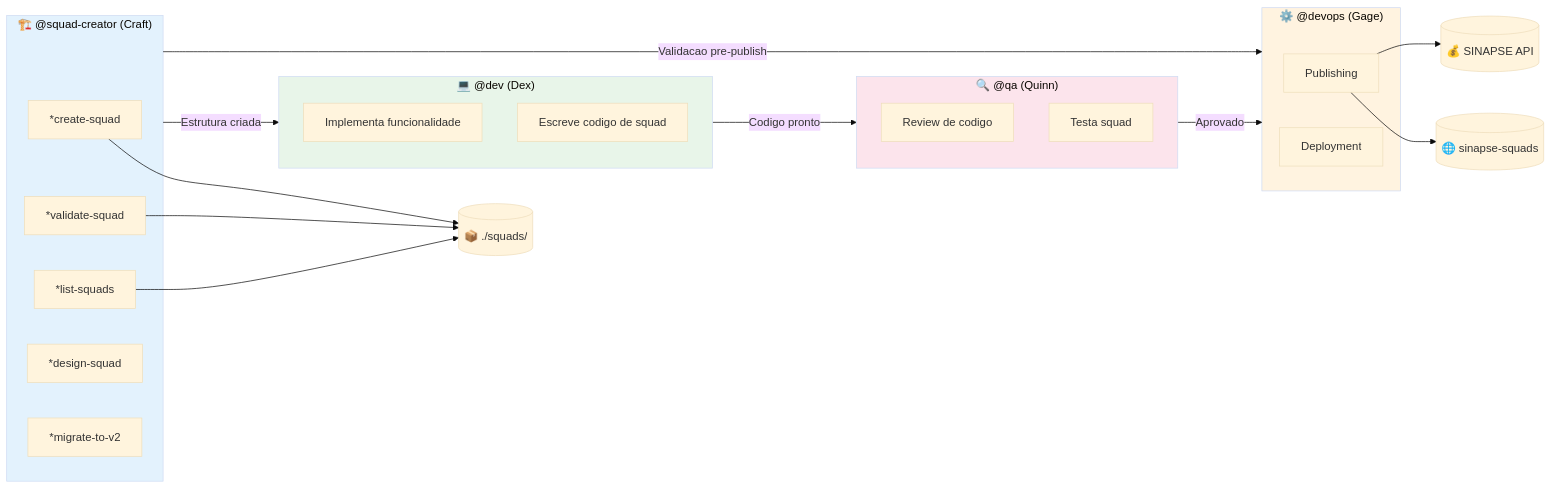
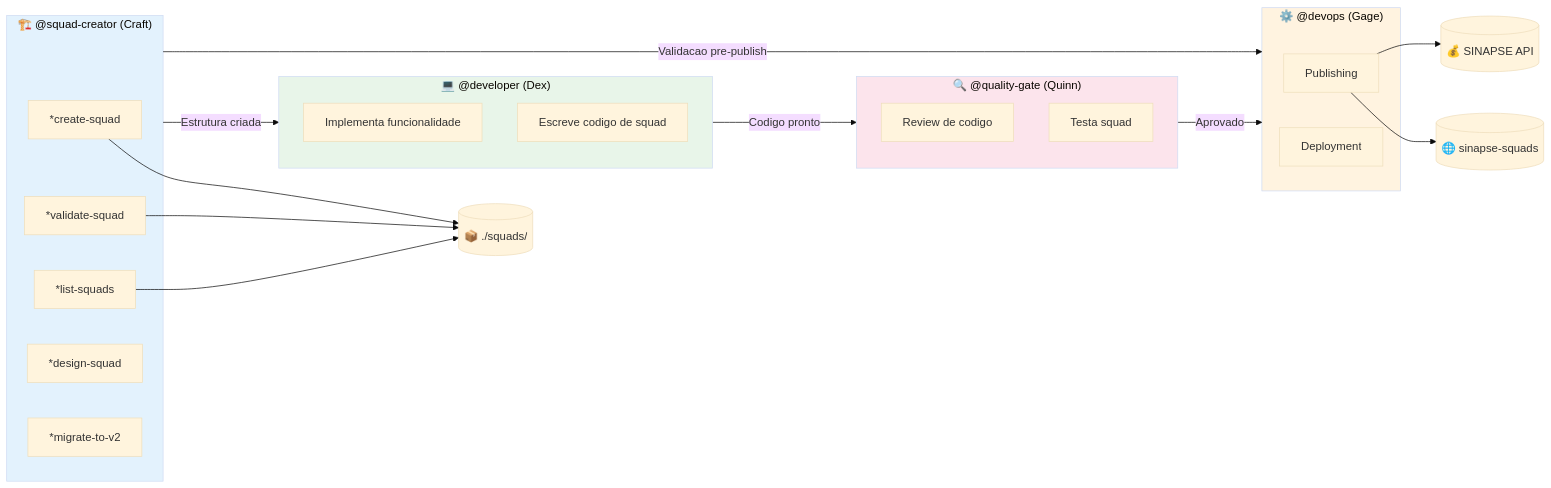
One commit to caioimori/sinapse-ai changed the fifth of 6 diagrams in docs/guides/agents/SQUAD-CREATOR-SYSTEM.md. Above: the diagram before and after it, drawn with Mermaid (base theme). The commit also changed 873 other files, not shown here.

````diff
--- a/docs/guides/agents/SQUAD-CREATOR-SYSTEM.md
+++ b/docs/guides/agents/SQUAD-CREATOR-SYSTEM.md
@@ -427,45 +427,45 @@
 ```mermaid
 flowchart LR
     subgraph SQUAD_CREATOR["🏗️ @squad-creator (Craft)"]
         SC_CREATE["*create-squad"]
         SC_VALIDATE["*validate-squad"]
         SC_LIST["*list-squads"]
         SC_DESIGN["*design-squad"]
         SC_MIGRATE["*migrate-to-v2"]
     end
 
-    subgraph DEV["💻 @dev (Dex)"]
+    subgraph DEV["💻 @developer (Dex)"]
         DEV_IMPL["Implementa funcionalidade"]
         DEV_CODE["Escreve codigo de squad"]
     end
 
-    subgraph QA["🔍 @qa (Quinn)"]
+    subgraph QA["🔍 @quality-gate (Quinn)"]
         QA_REVIEW["Review de codigo"]
         QA_TEST["Testa squad"]
     end
 
     subgraph DEVOPS["⚙️ @devops (Gage)"]
         DEVOPS_PUB["Publishing"]
         DEVOPS_DEPLOY["Deployment"]
     end
 
     SQUAD_CREATOR -->|"Estrutura criada"| DEV
     DEV -->|"Codigo pronto"| QA
     QA -->|"Aprovado"| DEVOPS
     SQUAD_CREATOR -->|"Validacao pre-publish"| DEVOPS
 
     SQUADS[("📦 ./squads/")]
     SINAPSE_SQUADS[("🌐 sinapse-squads")]
     SINAPSE_MKT[("💰 SINAPSE API")]
 
     SC_CREATE --> SQUADS
     SC_VALIDATE --> SQUADS
     SC_LIST --> SQUADS
     DEVOPS_PUB --> SINAPSE_SQUADS
     DEVOPS_PUB --> SINAPSE_MKT
 
     style SQUAD_CREATOR fill:#e3f2fd
     style DEV fill:#e8f5e9
     style QA fill:#fce4ec
     style DEVOPS fill:#fff3e0
 ```
````
